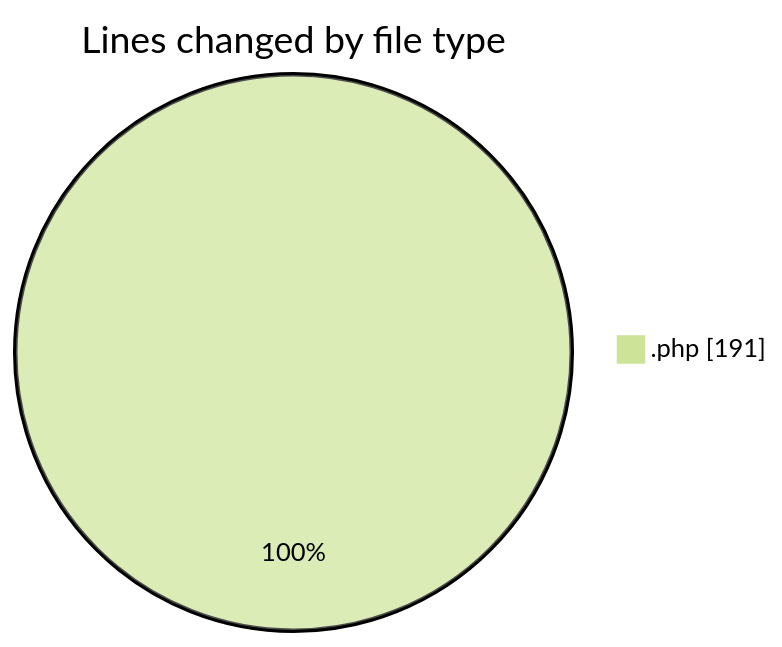
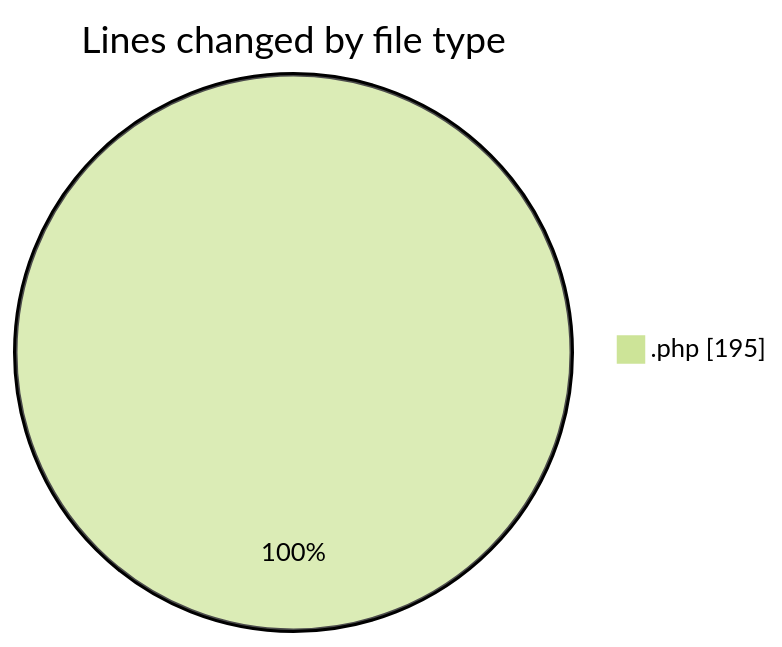
Before and after one commit to debugP/code-tracking: the first of 2 diagrams in 2025-10-08/untitled__workspace_/README.md, drawn with Mermaid (forest theme). The commit also changed other lines of this file and 1 other file, not shown here.

````diff
--- a/2025-10-08/untitled__workspace_/README.md
+++ b/2025-10-08/untitled__workspace_/README.md
@@ -21,5 +21,5 @@
 ```mermaid
 pie showData
 title Lines changed by file type
-".php" : 191
+".php" : 195
 ```
````
